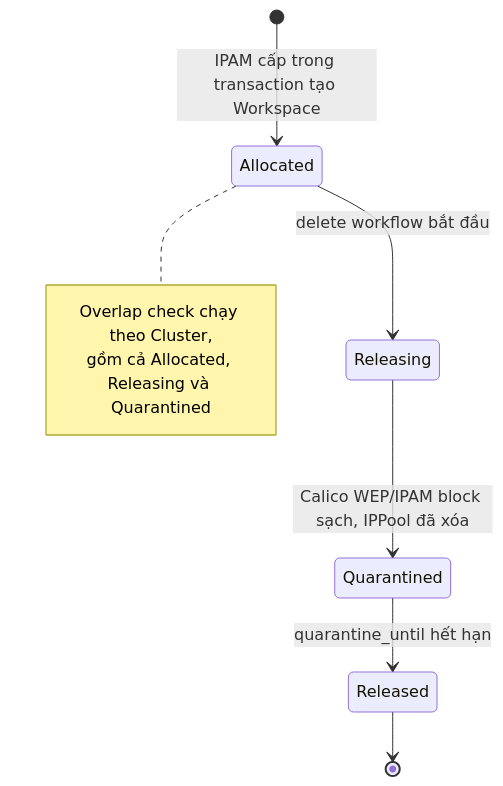
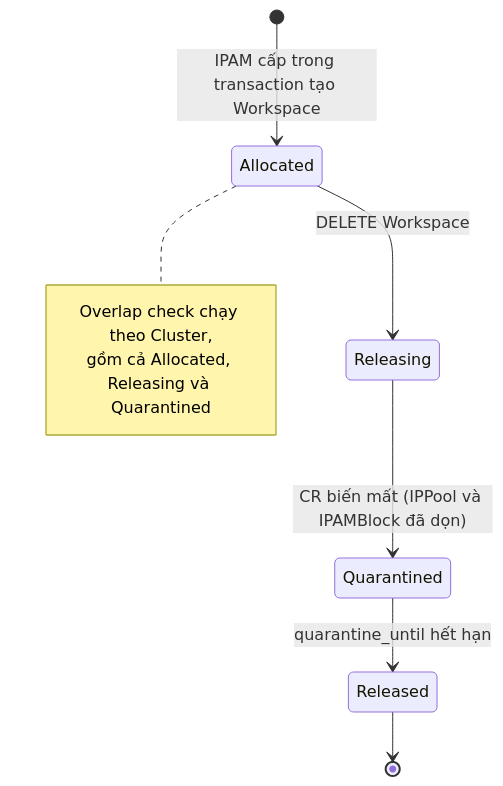
The fourth of 15 diagrams in docs/architecture/04-state-machines.md (thaihoc1310/tenantry), drawn with Mermaid before and after one commit. The commit also changed other lines of this file and 14 other files, not shown here.

````diff
--- a/docs/architecture/04-state-machines.md
+++ b/docs/architecture/04-state-machines.md
@@ -207,12 +213,12 @@
 ```mermaid
 stateDiagram-v2
   [*] --> Allocated : IPAM cấp trong transaction tạo Workspace
-  Allocated --> Releasing : delete workflow bắt đầu
-  Releasing --> Quarantined : Calico WEP/IPAM block sạch, IPPool đã xóa
+  Allocated --> Releasing : DELETE Workspace
+  Releasing --> Quarantined : CR biến mất (IPPool và IPAMBlock đã dọn)
   Quarantined --> Released : quarantine_until hết hạn
   Released --> [*]
   note right of Allocated
     Overlap check chạy theo Cluster,
     gồm cả Allocated, Releasing và Quarantined
   end note
 ```
````
